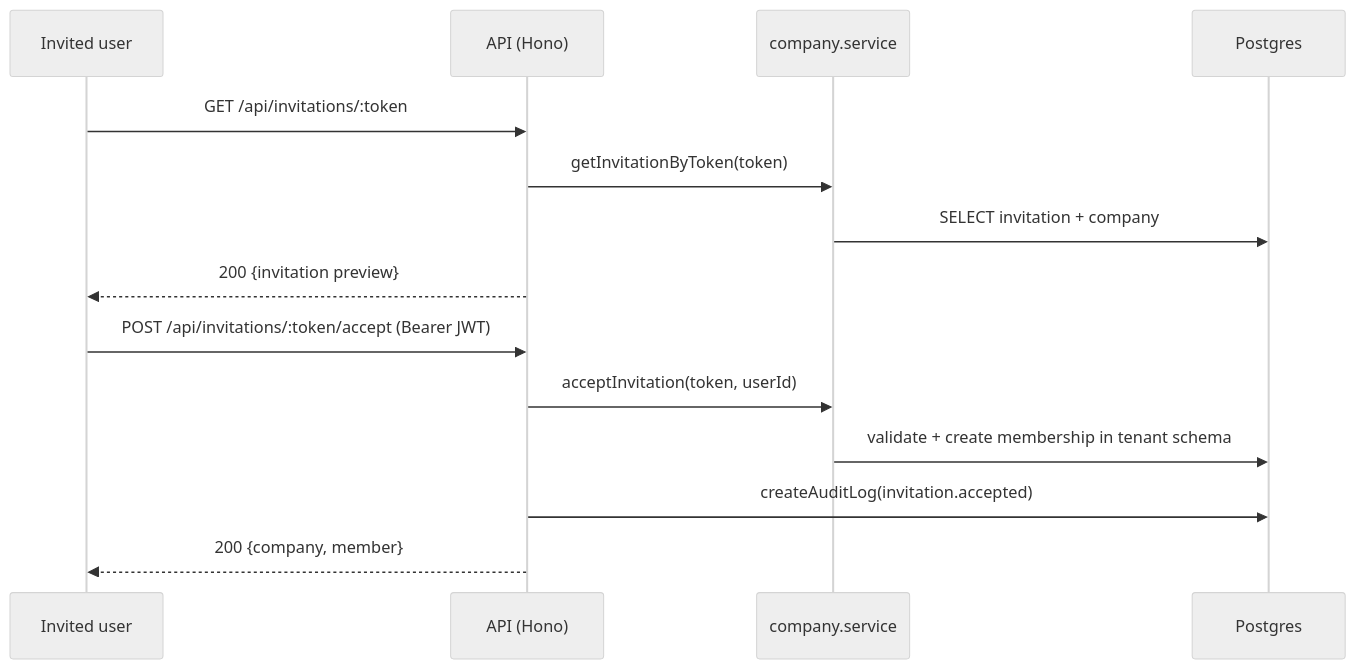
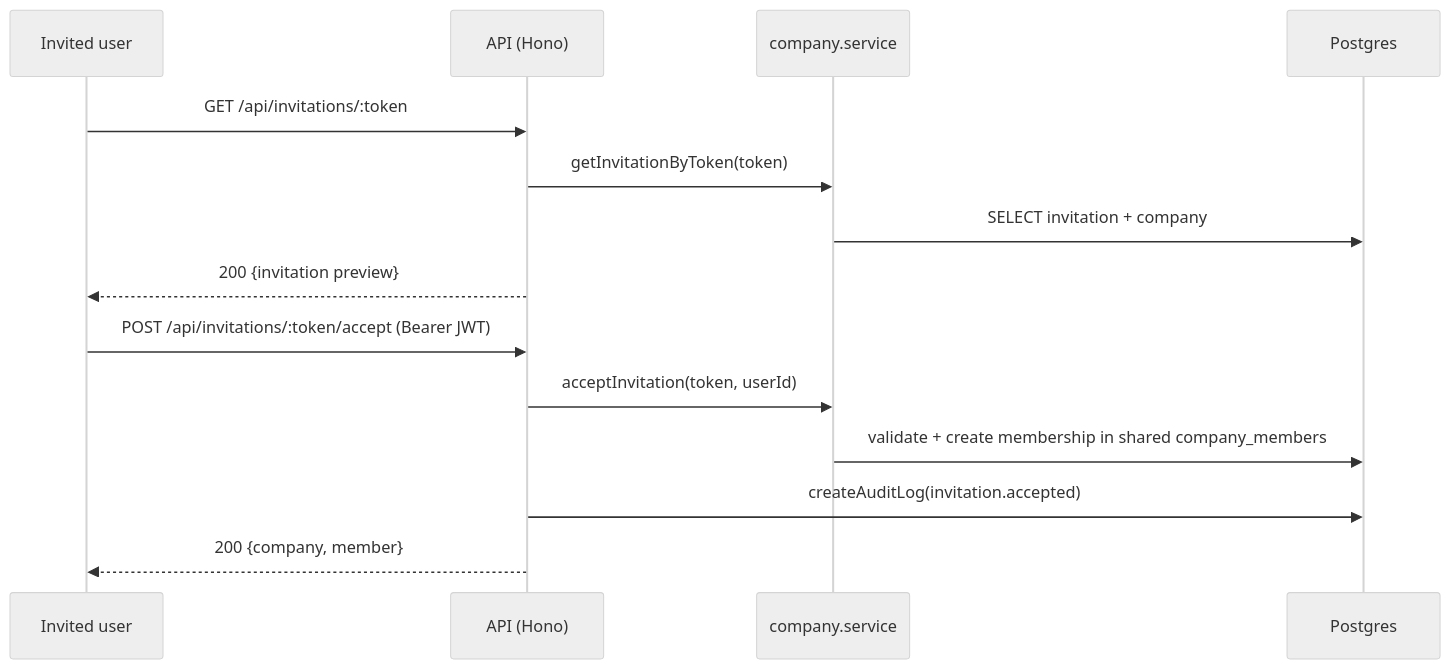
One commit to ygncode/wateaminbox changed the diagram in docs/apis/invitations.md. Above: the diagram before and after it, drawn with Mermaid (neutral theme). The commit also changed other lines of this file and 27 other files, not shown here.

````diff
--- a/docs/apis/invitations.md
+++ b/docs/apis/invitations.md
@@ -20,16 +20,16 @@
 ```mermaid
 sequenceDiagram
     participant U as Invited user
     participant A as API (Hono)
     participant S as company.service
     participant D as Postgres
     U->>A: GET /api/invitations/:token
     A->>S: getInvitationByToken(token)
     S->>D: SELECT invitation + company
     A-->>U: 200 {invitation preview}
     U->>A: POST /api/invitations/:token/accept (Bearer JWT)
     A->>S: acceptInvitation(token, userId)
-    S->>D: validate + create membership in tenant schema
+    S->>D: validate + create membership in shared company_members
     A->>D: createAuditLog(invitation.accepted)
     A-->>U: 200 {company, member}
 ```
````
